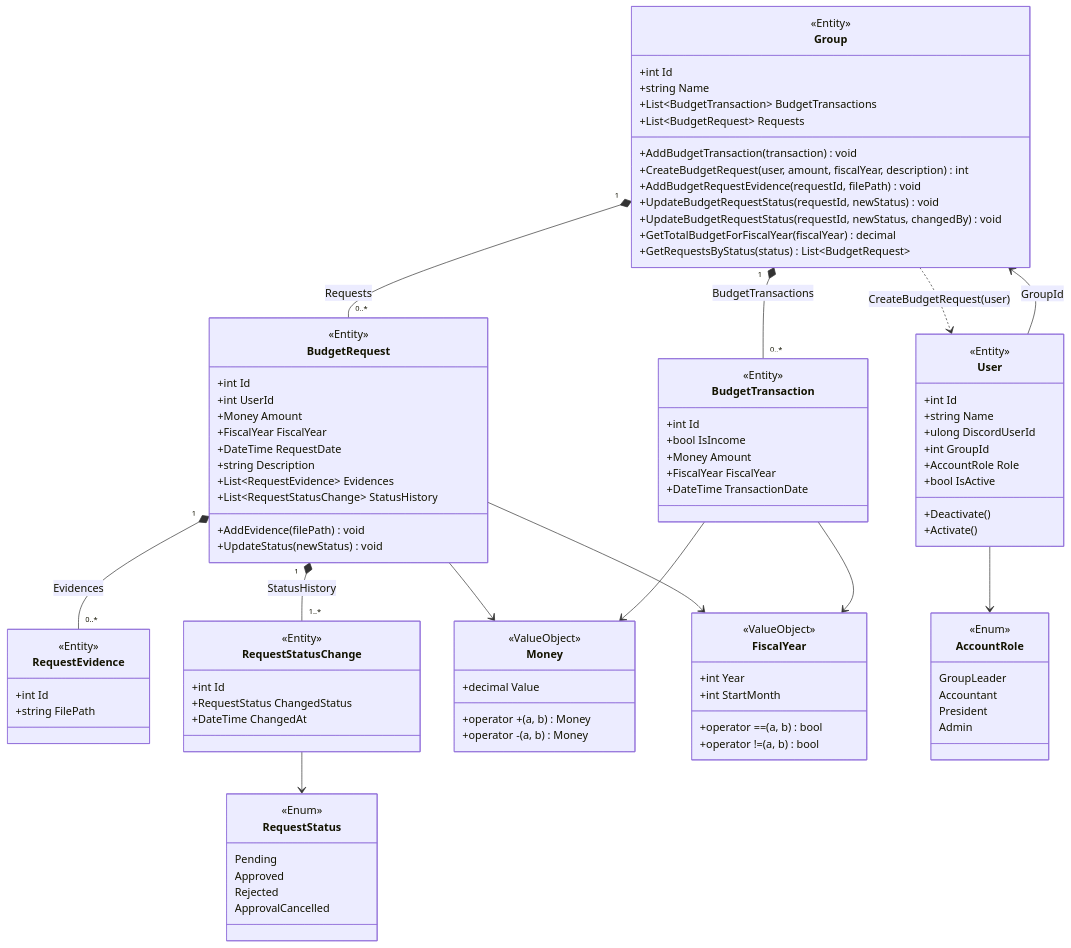
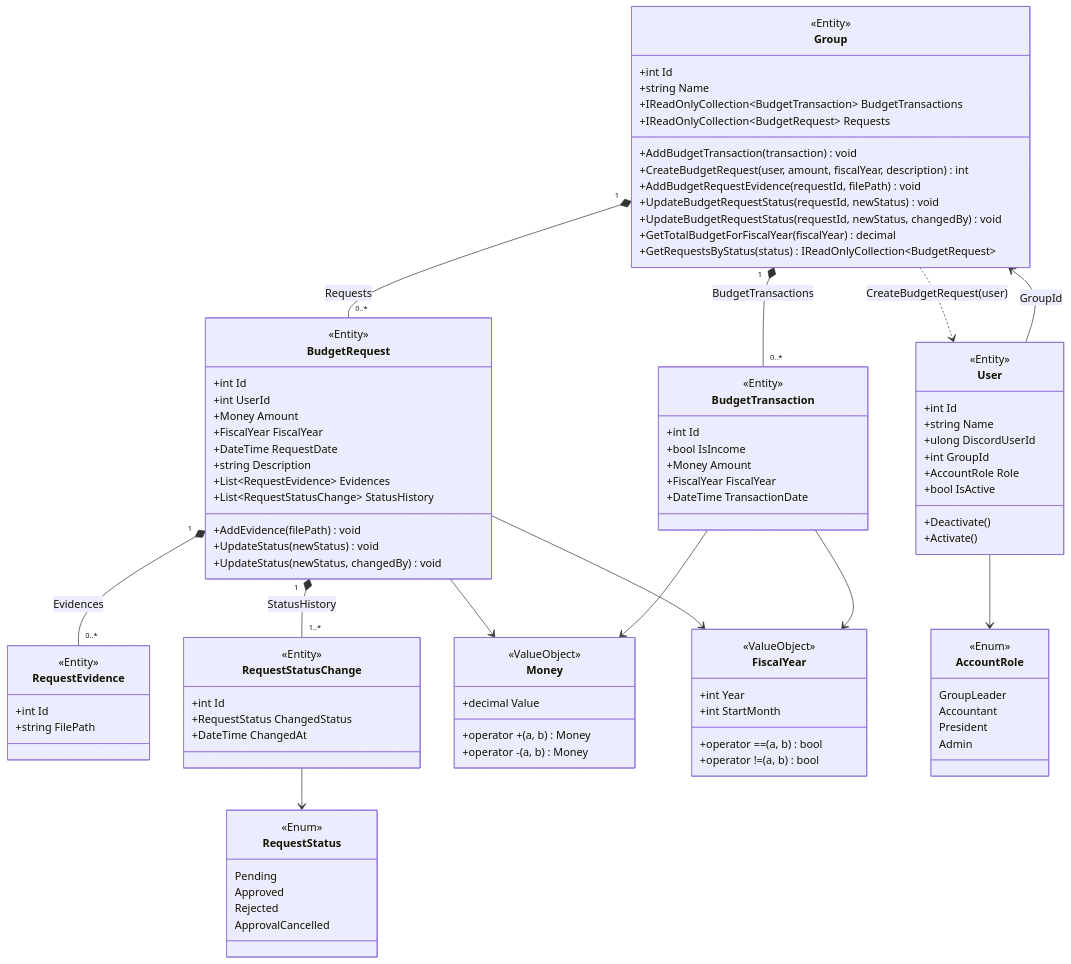
The second of 2 diagrams in docs/design.md (CASru-IT/BudgetManagementBotSystem), drawn with Mermaid before and after one commit. The commit also changed other lines of this file and 2 other files, not shown here.

Commit message:
ドキュメントの更新

```diff
--- a/docs/design.md
+++ b/docs/design.md
@@ -135,15 +139,15 @@
   <<Entity>>
   +int Id
   +string Name
-  +List~BudgetTransaction~ BudgetTransactions
-  +List~BudgetRequest~ Requests
+  +IReadOnlyCollection~BudgetTransaction~ BudgetTransactions
+  +IReadOnlyCollection~BudgetRequest~ Requests
   +AddBudgetTransaction(transaction) void
   +CreateBudgetRequest(user, amount, fiscalYear, description) int
   +AddBudgetRequestEvidence(requestId, filePath) void
   +UpdateBudgetRequestStatus(requestId, newStatus) void
   +UpdateBudgetRequestStatus(requestId, newStatus, changedBy) void
   +GetTotalBudgetForFiscalYear(fiscalYear) decimal
-  +GetRequestsByStatus(status) List~BudgetRequest~
+  +GetRequestsByStatus(status) IReadOnlyCollection~BudgetRequest~
 }
 
 class BudgetRequest {
@@ -158,6 +162,7 @@
   +List~RequestStatusChange~ StatusHistory
   +AddEvidence(filePath) void
   +UpdateStatus(newStatus) void
+  +UpdateStatus(newStatus, changedBy) void
 }
 
 class BudgetTransaction {
```
